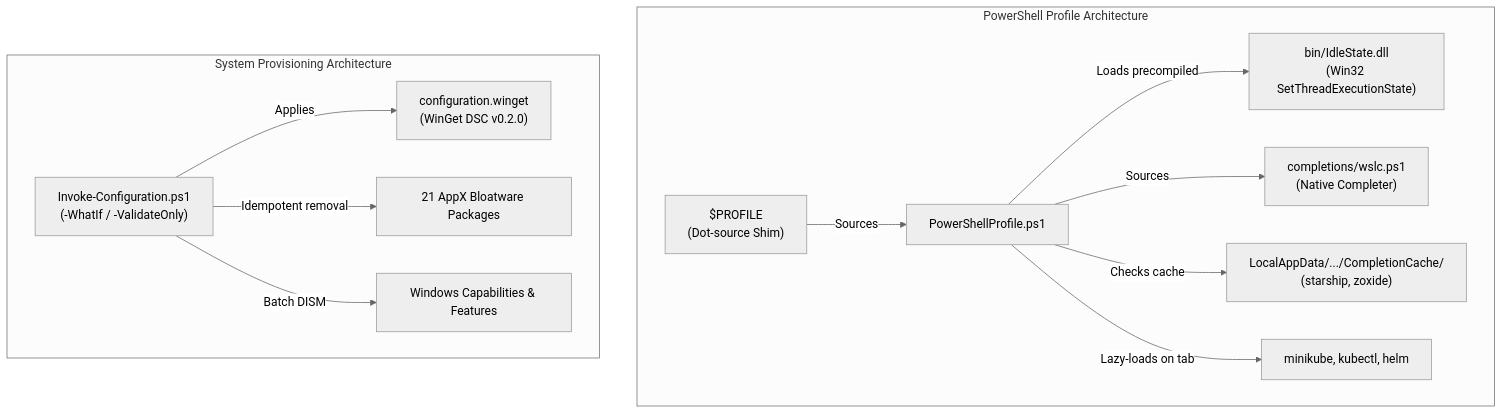
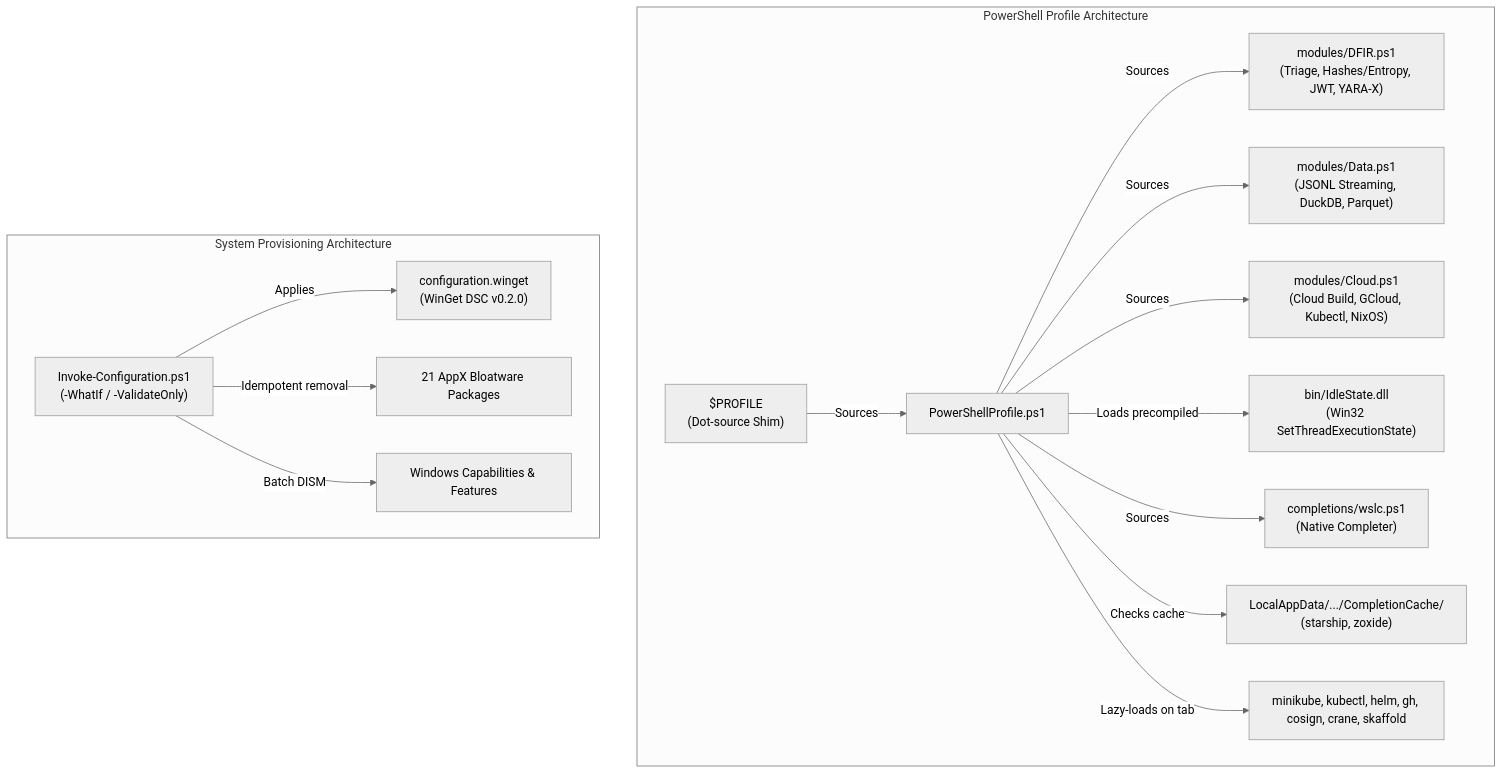
Before and after one commit to vaanguarrdd/Profile: the diagram in README.md, drawn with Mermaid (neutral theme). The commit also changed other lines of this file and 6 other files, not shown here.

````diff
--- a/README.md
+++ b/README.md
@@ -5,16 +5,19 @@
 ```mermaid
 flowchart TD
     subgraph Profile["PowerShell Profile Architecture"]
         PS["$PROFILE\n(Dot-source Shim)"] -->|Sources| Main["PowerShellProfile.ps1"]
+        Main -->|Sources| ModDFIR["modules/DFIR.ps1\n(Triage, Hashes/Entropy, JWT, YARA-X)"]
+        Main -->|Sources| ModData["modules/Data.ps1\n(JSONL Streaming, DuckDB, Parquet)"]
+        Main -->|Sources| ModCloud["modules/Cloud.ps1\n(Cloud Build, GCloud, Kubectl, NixOS)"]
         Main -->|Loads precompiled| DLL["bin/IdleState.dll\n(Win32 SetThreadExecutionState)"]
         Main -->|Sources| Comp["completions/wslc.ps1\n(Native Completer)"]
         Main -->|Checks cache| Cache["LocalAppData/.../CompletionCache/\n(starship, zoxide)"]
-        Main -->|Lazy-loads on tab| K8s["minikube, kubectl, helm"]
+        Main -->|Lazy-loads on tab| K8s["minikube, kubectl, helm, gh, cosign, crane, skaffold"]
     end
 
     subgraph Config["System Provisioning Architecture"]
         Invoke["Invoke-Configuration.ps1\n(-WhatIf / -ValidateOnly)"] -->|Applies| DSC["configuration.winget\n(WinGet DSC v0.2.0)"]
         Invoke -->|Idempotent removal| Bloat["21 AppX Bloatware Packages"]
         Invoke -->|Batch DISM| Feat["Windows Capabilities & Features"]
     end
 ```
````
